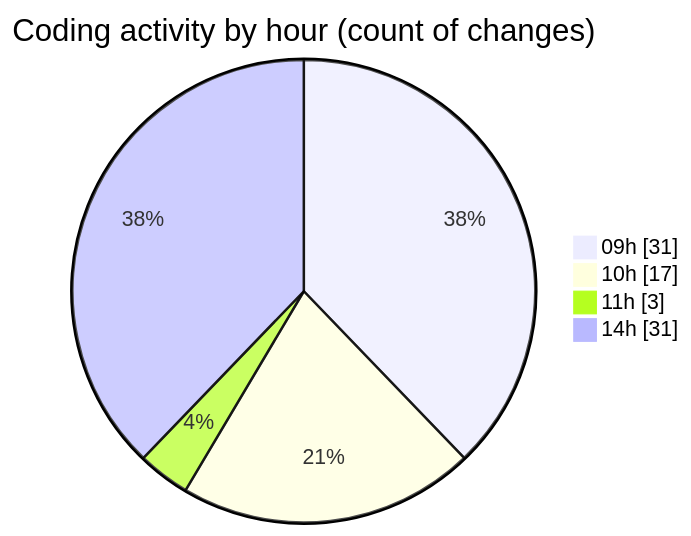
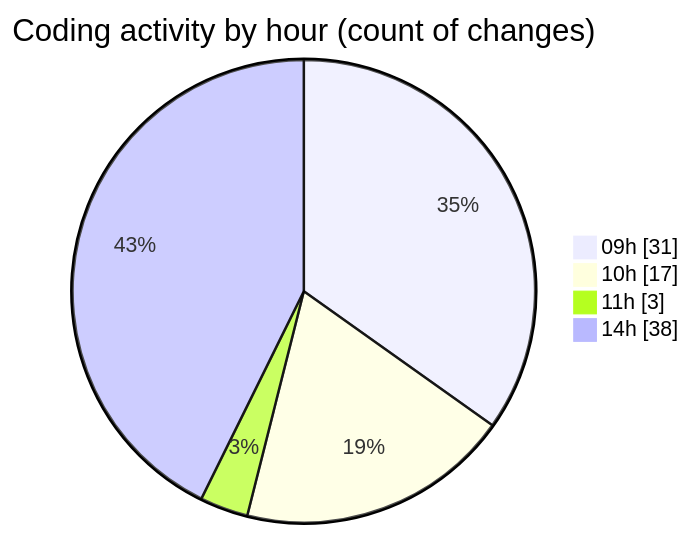
The second of 2 diagrams in 2025-03-05/termonied_testador/README.md (robertbonfada/code-tracking), drawn with Mermaid before and after one commit. The commit also changed other lines of this file and 1 other file, not shown here.

````diff
--- a/2025-03-05/termonied_testador/README.md
+++ b/2025-03-05/termonied_testador/README.md
@@ -41,8 +41,8 @@
 ```mermaid
 pie showData
 title Coding activity by hour (count of changes)
 "09h" : 31
 "10h" : 17
 "11h" : 3
-"14h" : 31
+"14h" : 38
 ```
````
